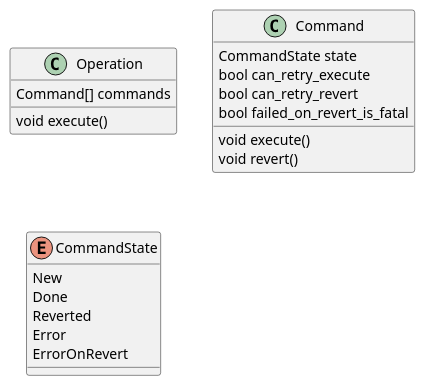
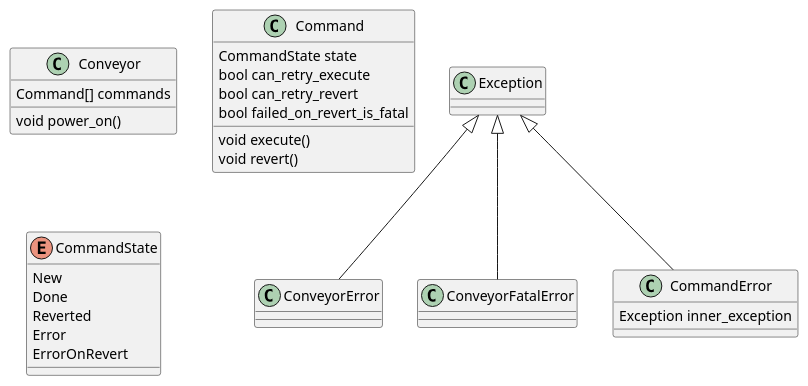
The diagram in doc/commands.puml (nikitamarchenko/tooyakoh), drawn with PlantUML before and after one commit. The commit also changed 4 other files, not shown here.

```diff
--- a/doc/commands.puml
+++ b/doc/commands.puml
@@ -1,25 +1,40 @@
 @startuml
 
-class Operation {
+class Conveyor {
     Command[] commands
-    void execute()
+    void power_on()
 }
 
 class Command {
   CommandState state
   void execute()
   void revert()
   bool can_retry_execute
   bool can_retry_revert
   bool failed_on_revert_is_fatal
 }
 
 enum CommandState {
     New
     Done
     Reverted
     Error
     ErrorOnRevert
 }
 
+class ConveyorError {
+}
+
+class ConveyorFatalError{
+}
+
+class CommandError{
+    Exception inner_exception
+}
+
+Exception <|-- ConveyorError
+Exception <|-- ConveyorFatalError
+Exception <|-- CommandError
+
+
 @enduml
```
